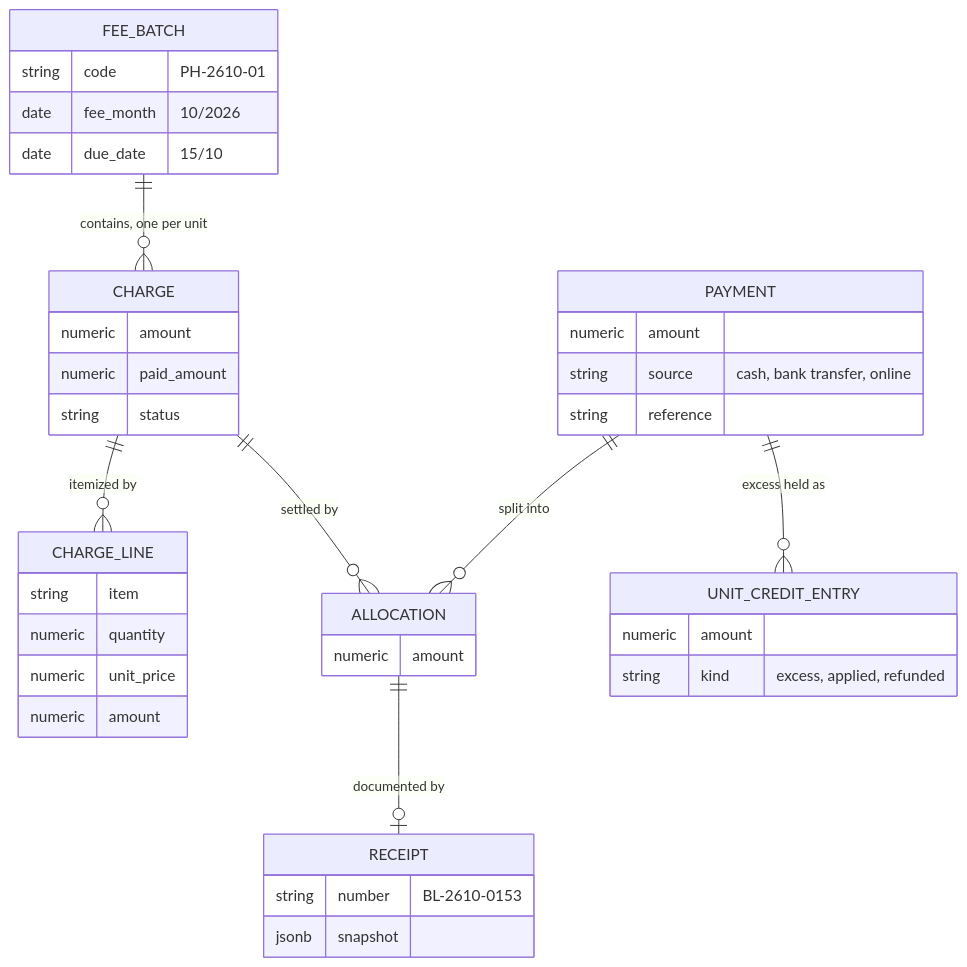
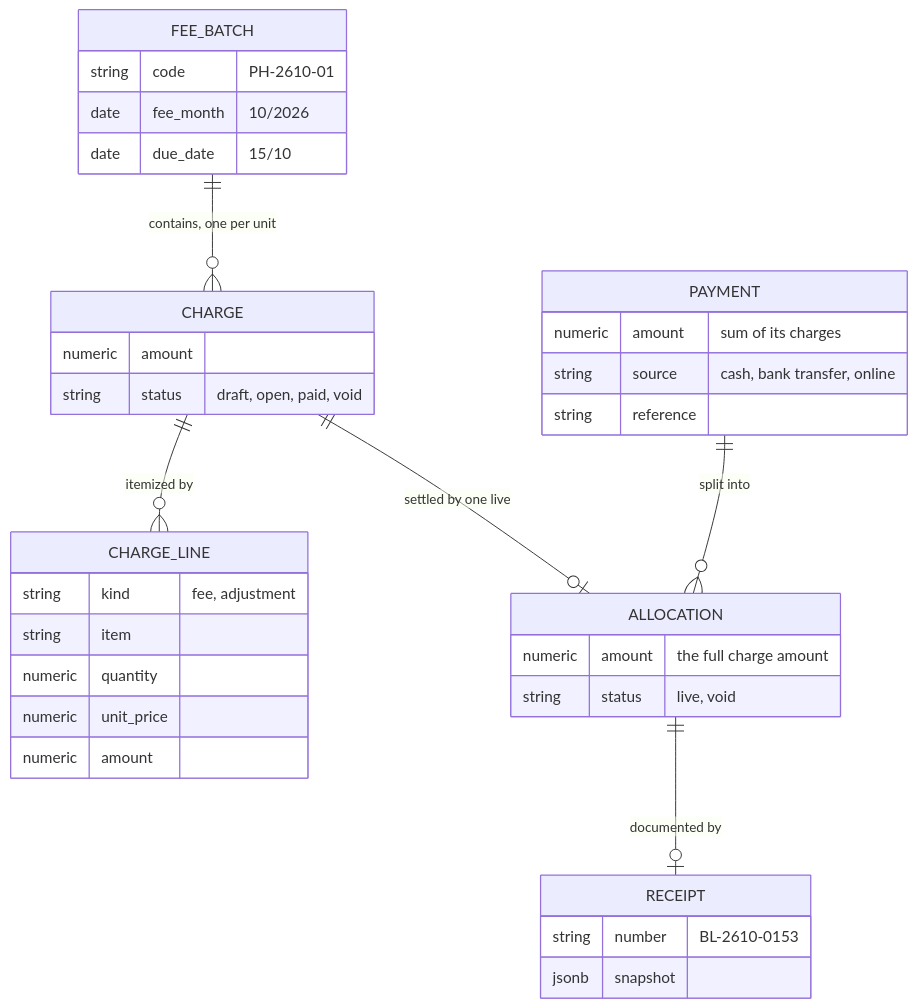
Before and after one commit to ninggiangboy/residential-management-system: the third of 15 diagrams in residential-management-sdd.md, drawn with Mermaid. The commit also changed other lines of this file, not shown here.

````diff
--- a/residential-management-sdd.md
+++ b/residential-management-sdd.md
@@ -364,41 +419,37 @@
 ```mermaid
 erDiagram
   FEE_BATCH ||--o{ CHARGE : "contains, one per unit"
   CHARGE ||--o{ CHARGE_LINE : "itemized by"
   PAYMENT ||--o{ ALLOCATION : "split into"
-  CHARGE ||--o{ ALLOCATION : "settled by"
+  CHARGE ||--o| ALLOCATION : "settled by one live"
   ALLOCATION ||--o| RECEIPT : "documented by"
-  PAYMENT ||--o{ UNIT_CREDIT_ENTRY : "excess held as"
   FEE_BATCH {
     string code "PH-2610-01"
     date fee_month "10/2026"
     date due_date "15/10"
   }
   CHARGE {
     numeric amount
-    numeric paid_amount
-    string status
+    string status "draft, open, paid, void"
   }
   CHARGE_LINE {
+    string kind "fee, adjustment"
     string item
     numeric quantity
     numeric unit_price
     numeric amount
   }
   PAYMENT {
-    numeric amount
+    numeric amount "sum of its charges"
     string source "cash, bank transfer, online"
     string reference
   }
   ALLOCATION {
-    numeric amount
+    numeric amount "the full charge amount"
+    string status "live, void"
   }
   RECEIPT {
     string number "BL-2610-0153"
     jsonb snapshot
   }
-  UNIT_CREDIT_ENTRY {
-    numeric amount
-    string kind "excess, applied, refunded"
-  }
 ```
````
